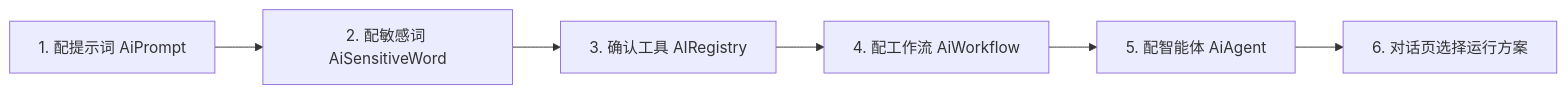
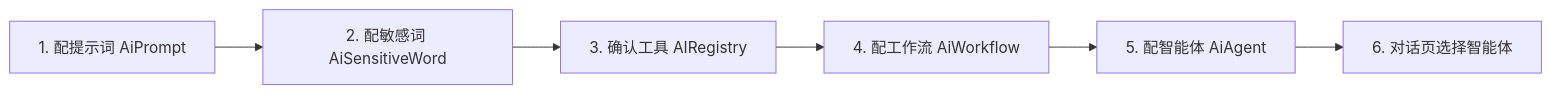
One commit to xuqiang12/nestjs-prisma changed the fourth of 9 diagrams in doc/code/AIEngine/ai-flow-guide.md. Above: the diagram before and after it, drawn with Mermaid. The commit also changed other lines of this file and 11 other files, not shown here.

````diff
--- a/doc/code/AIEngine/ai-flow-guide.md
+++ b/doc/code/AIEngine/ai-flow-guide.md
@@ -277,8 +275,8 @@
 ```mermaid
 flowchart LR
   Prompt["1. 配提示词 AiPrompt"] --> Sensitive["2. 配敏感词 AiSensitiveWord"]
   Sensitive --> Tool["3. 确认工具 AIRegistry"]
   Tool --> Workflow["4. 配工作流 AiWorkflow"]
   Workflow --> Agent["5. 配智能体 AiAgent"]
-  Agent --> Chat["6. 对话页选择运行方案"]
+  Agent --> Chat["6. 对话页选择智能体"]
 ```
````
